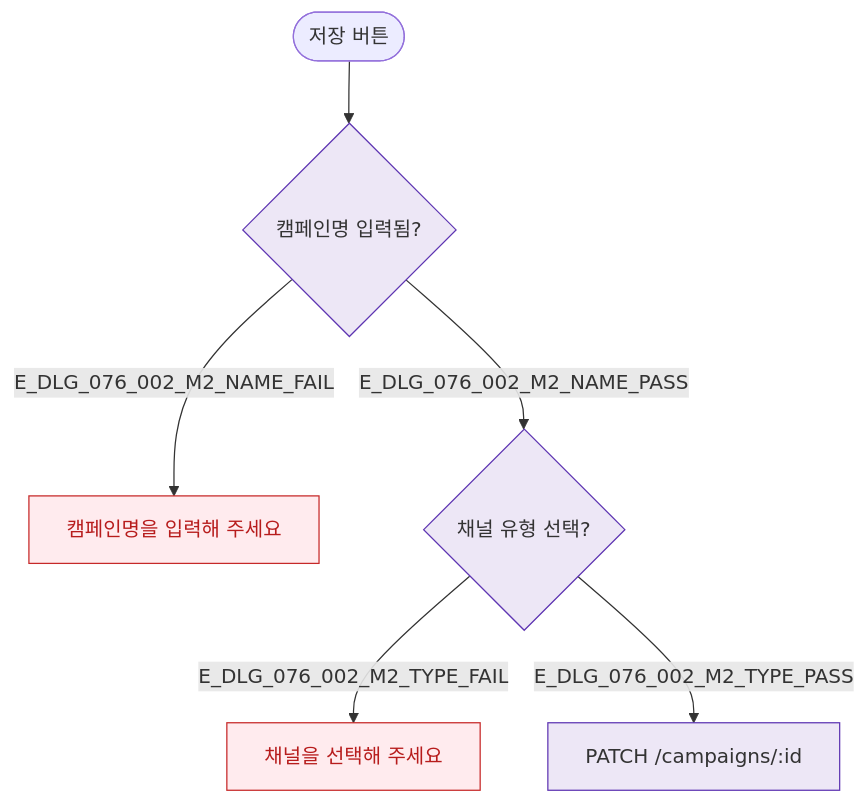
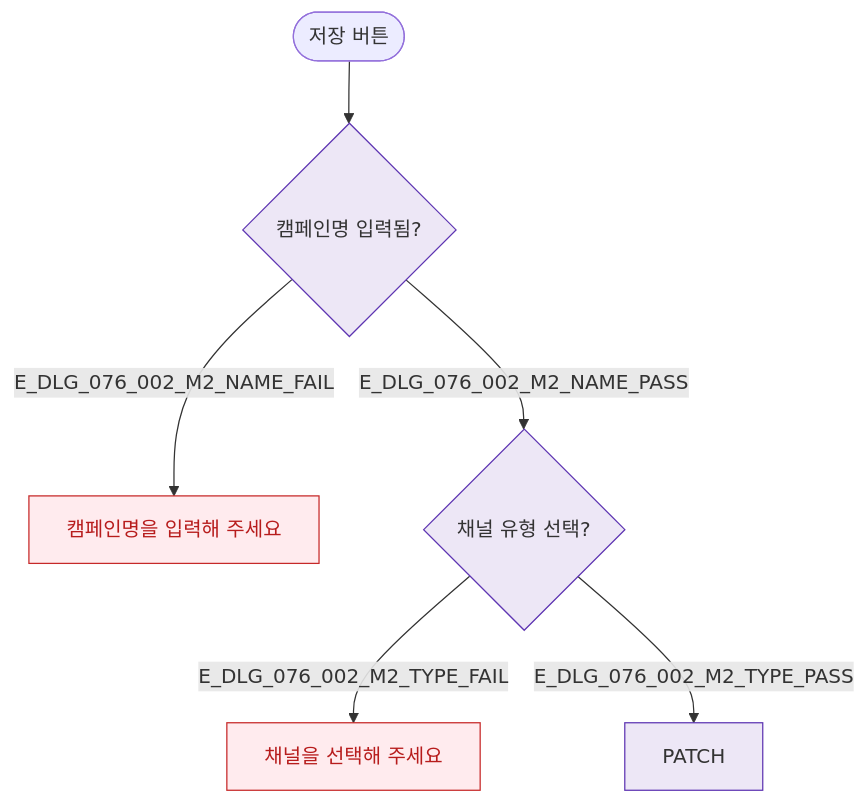
One commit to dev-spogym/admin-pando changed the diagram in docs/다이어그램/D08_마케팅/DLG/DLG-076-002/M2_필드검증.md. Above: the diagram before and after it, drawn with Mermaid. The commit also changed other lines of this file and 1660 other files, not shown here.

First line of the commit message:
다이어그램: 기획자/클라이언트 납품본으로 정리

````diff
--- a/docs/다이어그램/D08_마케팅/DLG/DLG-076-002/M2_필드검증.md
+++ b/docs/다이어그램/D08_마케팅/DLG/DLG-076-002/M2_필드검증.md
@@ -14,14 +12,14 @@
 ```mermaid
 flowchart TD
   SUBMIT([저장 버튼]) --> V_NAME{캠페인명 입력됨?}
-  V_NAME -->|E_DLG_076_002_M2_NAME_FAIL| ERR_NAME[캠페인명을 입력해 주세요]
-  V_NAME -->|E_DLG_076_002_M2_NAME_PASS| V_TYPE{채널 유형 선택?}
-  V_TYPE -->|E_DLG_076_002_M2_TYPE_FAIL| ERR_TYPE[채널을 선택해 주세요]
-  V_TYPE -->|E_DLG_076_002_M2_TYPE_PASS| API[PATCH /campaigns/:id]
+  V_NAME -->|E_DLG_076_002_M2_NAME_FAIL|ERR_NAME[캠페인명을 입력해 주세요]
+  V_NAME -->|E_DLG_076_002_M2_NAME_PASS|V_TYPE{채널 유형 선택?}
+  V_TYPE -->|E_DLG_076_002_M2_TYPE_FAIL|ERR_TYPE[채널을 선택해 주세요]
+  V_TYPE -->|E_DLG_076_002_M2_TYPE_PASS|API[PATCH]
 
-  classDef error  fill:#FFEBEE,stroke:#C62828,color:#B71C1C
+  classDef error fill:#FFEBEE,stroke:#C62828,color:#B71C1C
   classDef system fill:#EDE7F6,stroke:#5E35B2
 
   class ERR_NAME,ERR_TYPE error
   class V_NAME,V_TYPE,API system
 ```
````
